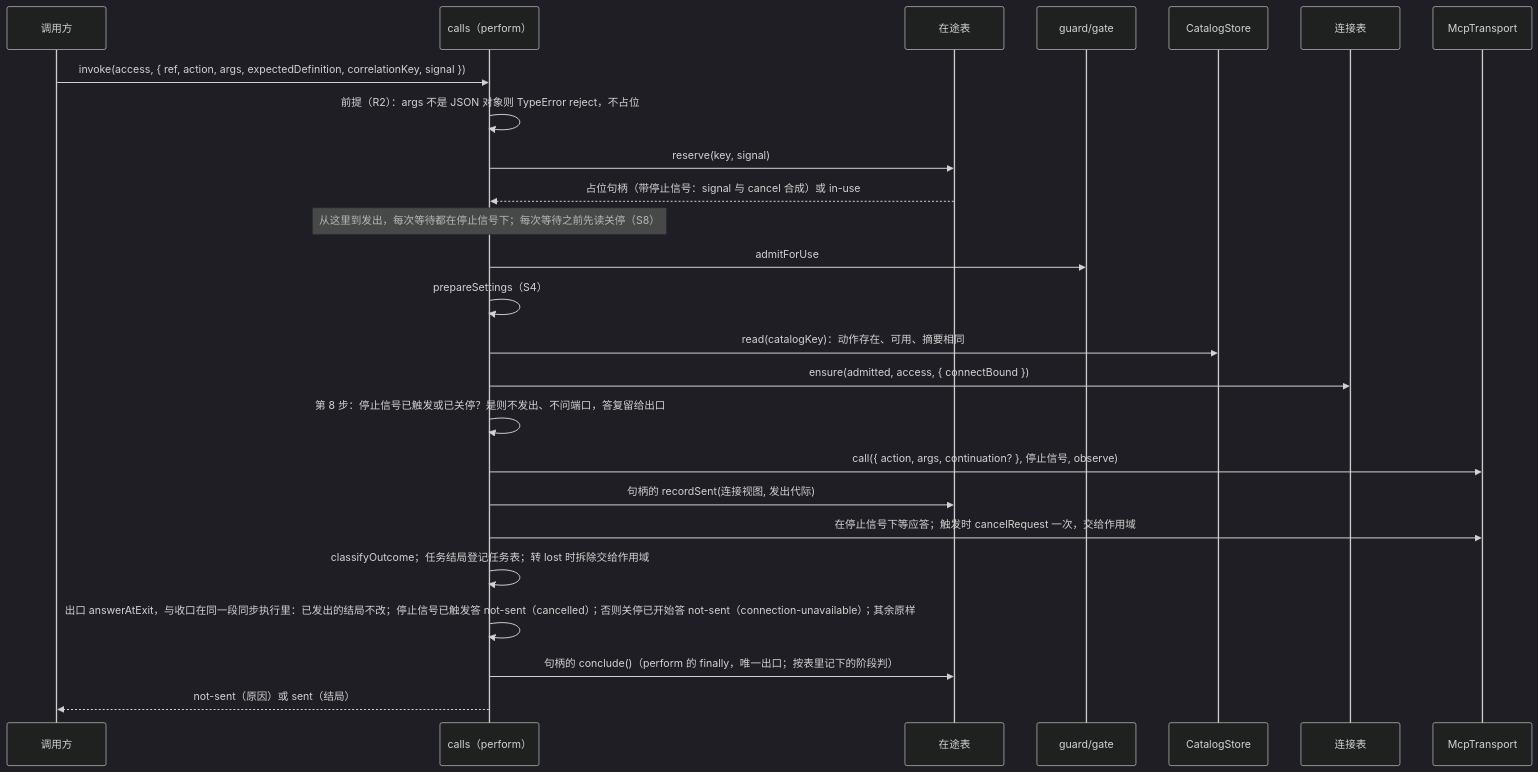
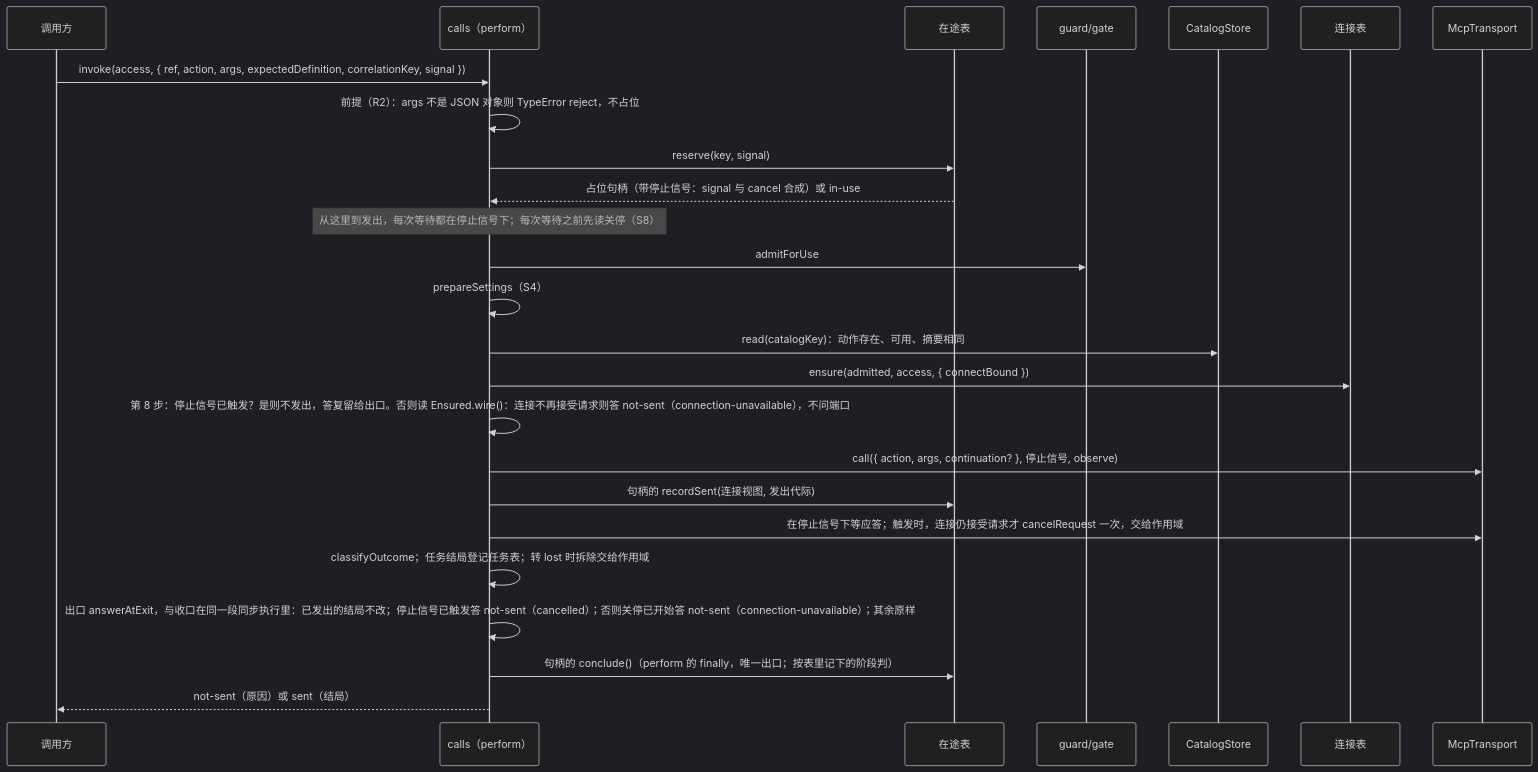
One commit to nemori-ai/omne-harness-lite changed the fourth of 4 diagrams in packages/mcp/mcp/docs/flows.md. Above: the diagram before and after it, drawn with Mermaid (dark theme). The commit also changed other lines of this file and 24 other files, not shown here.

````diff
--- a/packages/mcp/mcp/docs/flows.md
+++ b/packages/mcp/mcp/docs/flows.md
@@ -66,27 +89,27 @@
 ```mermaid
 sequenceDiagram
     participant C as 调用方
     participant I as calls（perform）
     participant F as 在途表
     participant G as guard/gate
     participant S as CatalogStore
     participant T as 连接表
     participant X as McpTransport
     C->>I: invoke(access, { ref, action, args, expectedDefinition, correlationKey, signal })
     I->>I: 前提（R2）：args 不是 JSON 对象则 TypeError reject，不占位
     I->>F: reserve(key, signal)
     F-->>I: 占位句柄（带停止信号：signal 与 cancel 合成）或 in-use
     note over I: 从这里到发出，每次等待都在停止信号下；每次等待之前先读关停（S8）
     I->>G: admitForUse
     I->>I: prepareSettings（S4）
     I->>S: read(catalogKey)：动作存在、可用、摘要相同
     I->>T: ensure(admitted, access, { connectBound })
-    I->>I: 第 8 步：停止信号已触发或已关停？是则不发出、不问端口，答复留给出口
+    I->>I: 第 8 步：停止信号已触发？是则不发出，答复留给出口。否则读 Ensured.wire()：连接不再接受请求则答 not-sent（connection-unavailable），不问端口
     I->>X: call({ action, args, continuation? }, 停止信号, observe)
     I->>F: 句柄的 recordSent(连接视图, 发出代际)
-    I->>X: 在停止信号下等应答；触发时 cancelRequest 一次，交给作用域
+    I->>X: 在停止信号下等应答；触发时，连接仍接受请求才 cancelRequest 一次，交给作用域
     I->>I: classifyOutcome；任务结局登记任务表；转 lost 时拆除交给作用域
     I->>I: 出口 answerAtExit，与收口在同一段同步执行里：已发出的结局不改；停止信号已触发答 not-sent（cancelled）；否则关停已开始答 not-sent（connection-unavailable）；其余原样
     I->>F: 句柄的 conclude()（perform 的 finally，唯一出口；按表里记下的阶段判）
     I-->>C: not-sent（原因）或 sent（结局）
 ```
````
